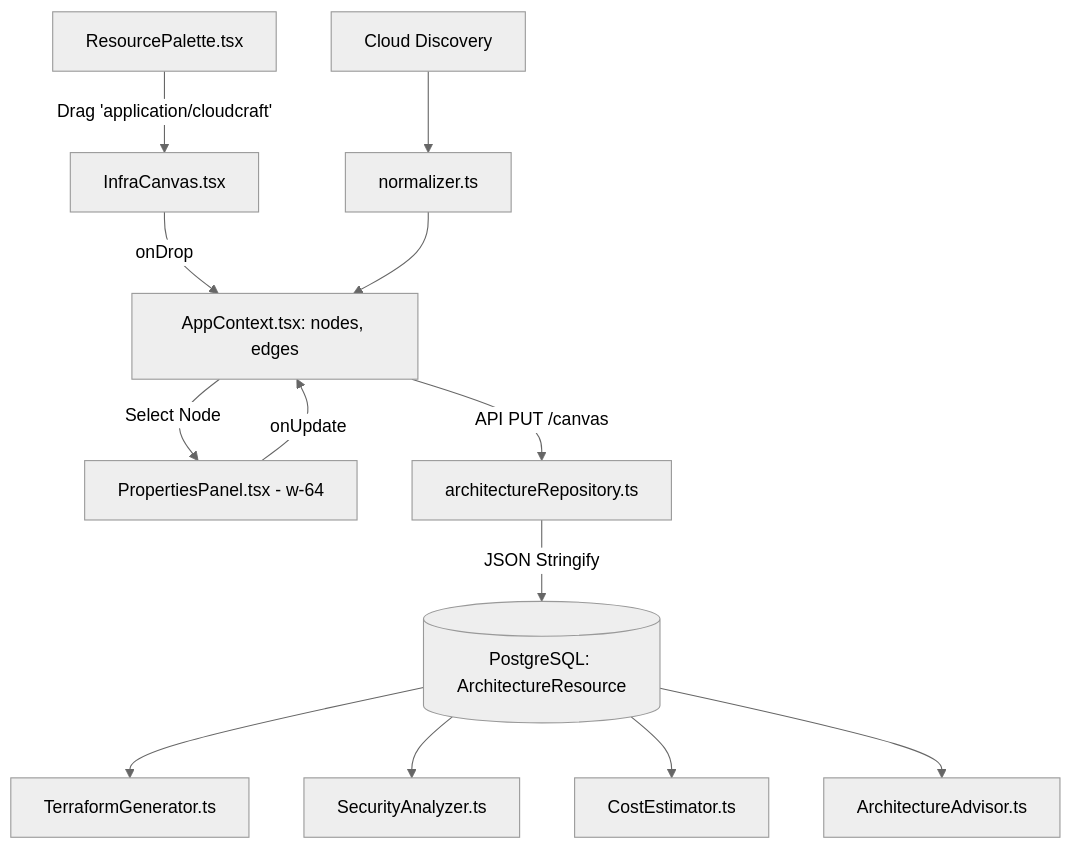
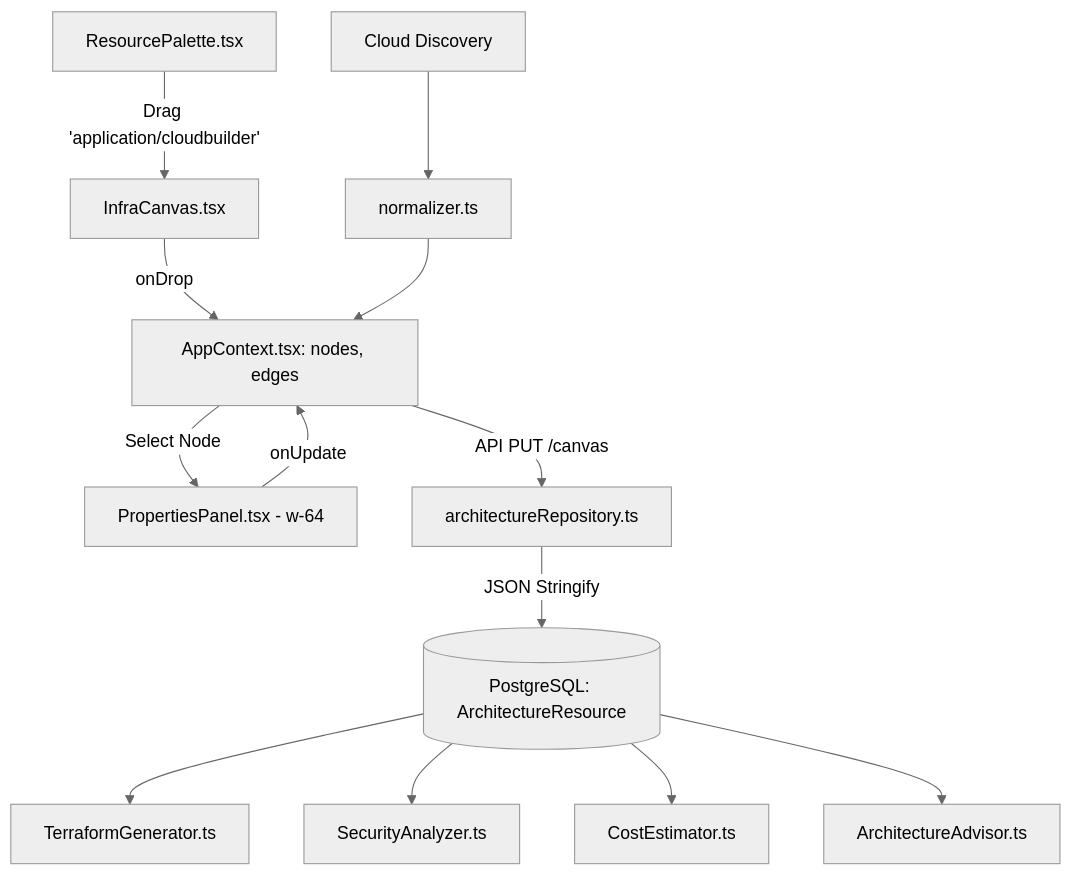
The first of 5 diagrams in COMMERCIAL_BUILDER_ARCHITECTURE.md (Leadlock/cloudebuilder_updated), drawn with Mermaid (neutral theme) before and after one commit. The commit also changed 208 other files, not shown here.

````diff
--- a/COMMERCIAL_BUILDER_ARCHITECTURE.md
+++ b/COMMERCIAL_BUILDER_ARCHITECTURE.md
@@ -26,17 +26,17 @@
 ```mermaid
 graph TD
-    A[ResourcePalette.tsx] -->|Drag 'application/cloudcraft'| B[InfraCanvas.tsx]
+    A[ResourcePalette.tsx] -->|Drag 'application/cloudbuilder'| B[InfraCanvas.tsx]
     B -->|onDrop| C[AppContext.tsx: nodes, edges]
     C -->|Select Node| D[PropertiesPanel.tsx - w-64]
     D -->|onUpdate| C
     C -->|API PUT /canvas| E[architectureRepository.ts]
     E -->|JSON Stringify| F[(PostgreSQL: ArchitectureResource)]
     
     F --> G[TerraformGenerator.ts]
     F --> H[SecurityAnalyzer.ts]
     F --> I[CostEstimator.ts]
     F --> J[ArchitectureAdvisor.ts]
     
     K[Cloud Discovery] --> L[normalizer.ts]
     L --> C
 ```
````
